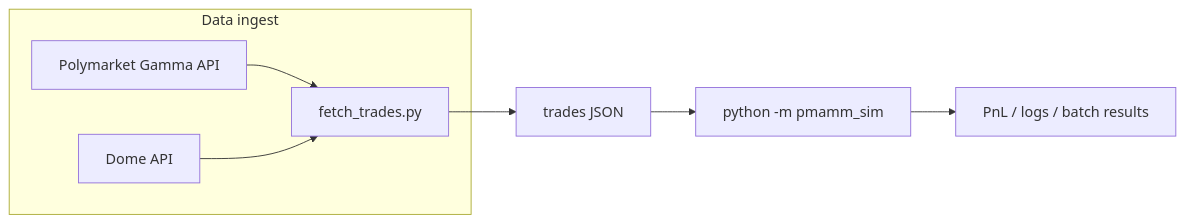
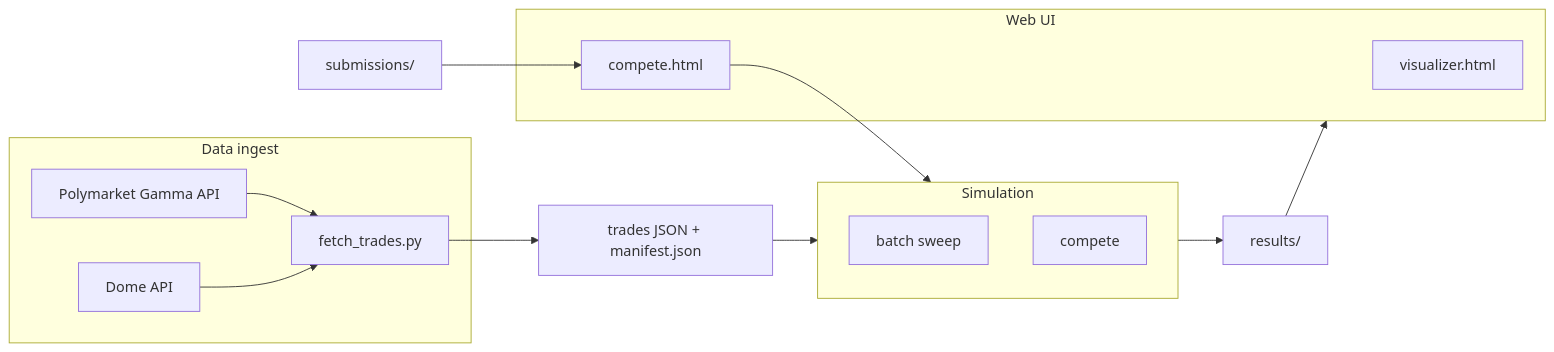
The diagram in README.md (alanhwu/pmamm-sim), drawn with Mermaid before and after one commit. The commit also changed other lines of this file, not shown here.

Commit message:
docs: update mermaid diagram

````diff
--- a/README.md
+++ b/README.md
@@ -25,14 +25,24 @@
 ```mermaid
 flowchart LR
   subgraph ingest["Data ingest"]
     Gamma["Polymarket Gamma API"]
     Dome["Dome API"]
     Fetch["fetch_trades.py"]
     Gamma --> Fetch
     Dome --> Fetch
   end
-  JSON["trades JSON"]
-  Sim["python -m pmamm_sim"]
-  Fetch --> JSON --> Sim
-  Sim --> Out["PnL / logs / batch results"]
+  JSON["trades JSON + manifest.json"]
+  subgraph sim["Simulation"]
+    Batch["batch sweep"]
+    Compete["compete"]
+  end
+  Fetch --> JSON --> sim
+  sim --> Results["results/"]
+  subgraph ui["Web UI"]
+    Viz["visualizer.html"]
+    Comp["compete.html"]
+  end
+  Results --> ui
+  Submissions["submissions/"] --> Comp
+  Comp --> sim
 ```
````
